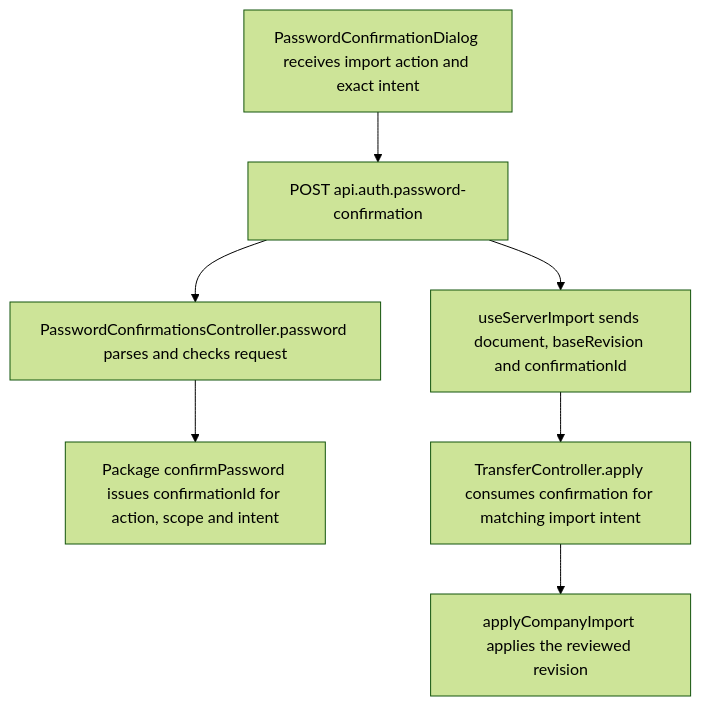
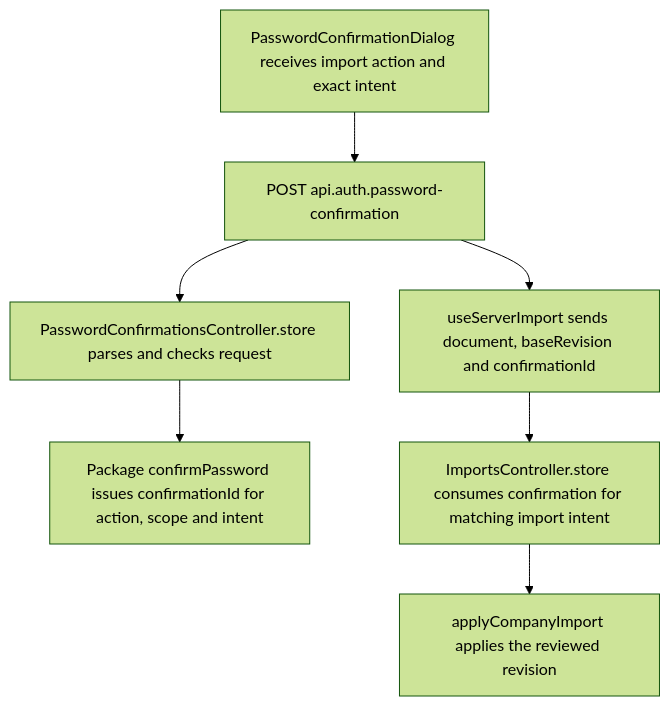
Before and after one commit to Kevinjohn/capacitylens: the second of 2 diagrams in user-stories/data/US-DAT-08-preview-exact-import.md, drawn with Mermaid (forest theme). The commit also changed other lines of this file and 139 other files, not shown here.

````diff
--- a/user-stories/data/US-DAT-08-preview-exact-import.md
+++ b/user-stories/data/US-DAT-08-preview-exact-import.md
@@ -26,9 +26,9 @@
 ```mermaid
 flowchart TD
   dialog["PasswordConfirmationDialog receives import action and exact intent"] --> issue["POST api.auth.password-confirmation"]
-  issue --> controller["PasswordConfirmationsController.password parses and checks request"]
+  issue --> controller["PasswordConfirmationsController.store parses and checks request"]
   controller --> kit["Package confirmPassword issues confirmationId for action, scope and intent"]
   issue --> apply["useServerImport sends document, baseRevision and confirmationId"]
-  apply --> transfer["TransferController.apply consumes confirmation for matching import intent"]
+  apply --> transfer["ImportsController.store consumes confirmation for matching import intent"]
   transfer --> service["applyCompanyImport applies the reviewed revision"]
 ```
````
